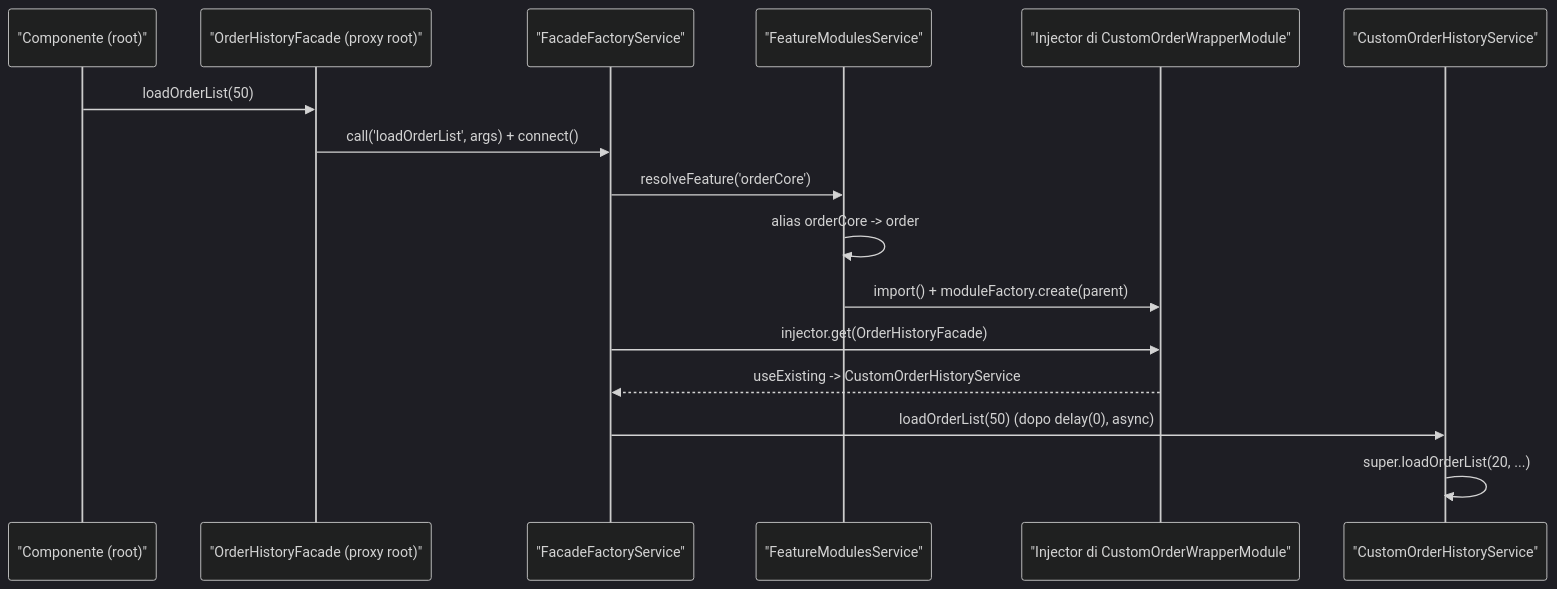
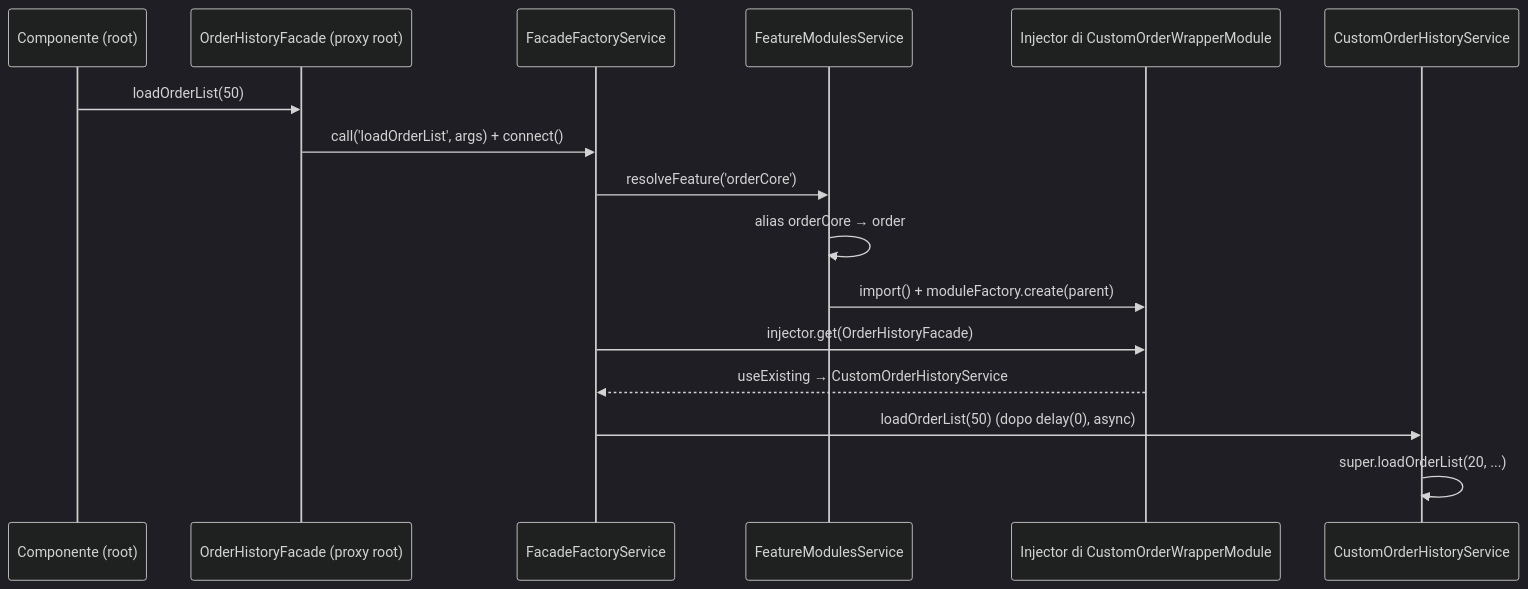
One commit to mgiuditta/spartacus changed the second of 4 diagrams in docs/spartacus-book/parte-3/50-ricette-config-di.md. Above: the diagram before and after it, drawn with Mermaid (dark theme). The commit also changed other lines of this file and 6 other files, not shown here.

````diff
--- a/docs/spartacus-book/parte-3/50-ricette-config-di.md
+++ b/docs/spartacus-book/parte-3/50-ricette-config-di.md
@@ -869,18 +869,18 @@
 ```mermaid
 sequenceDiagram
-  participant C as "Componente (root)"
-  participant P as "OrderHistoryFacade (proxy root)"
-  participant F as "FacadeFactoryService"
-  participant M as "FeatureModulesService"
-  participant W as "Injector di CustomOrderWrapperModule"
-  participant S as "CustomOrderHistoryService"
+  participant C as Componente (root)
+  participant P as OrderHistoryFacade (proxy root)
+  participant F as FacadeFactoryService
+  participant M as FeatureModulesService
+  participant W as Injector di CustomOrderWrapperModule
+  participant S as CustomOrderHistoryService
   C->>P: loadOrderList(50)
   P->>F: call('loadOrderList', args) + connect()
   F->>M: resolveFeature('orderCore')
-  M->>M: alias orderCore -> order
+  M->>M: alias orderCore → order
   M->>W: import() + moduleFactory.create(parent)
   F->>W: injector.get(OrderHistoryFacade)
-  W-->>F: useExisting -> CustomOrderHistoryService
+  W-->>F: useExisting → CustomOrderHistoryService
   F->>S: loadOrderList(50) (dopo delay(0), async)
   S->>S: super.loadOrderList(20, ...)
 ```
````
